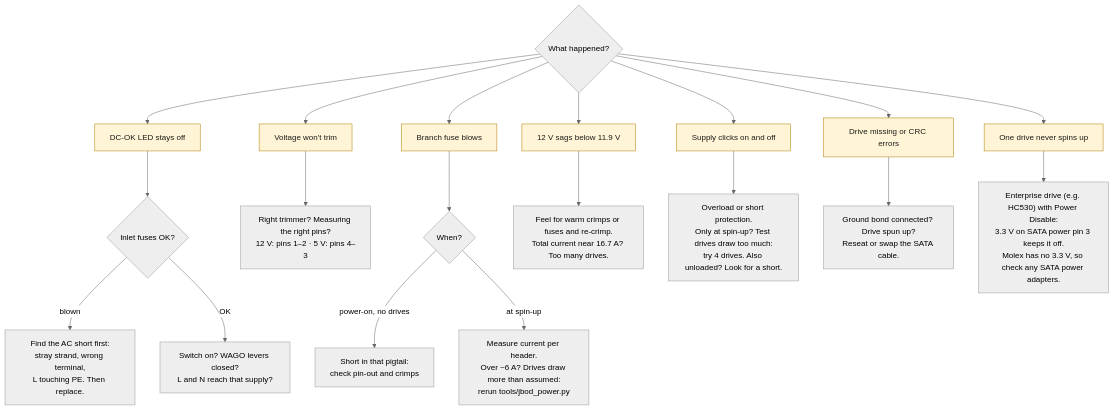
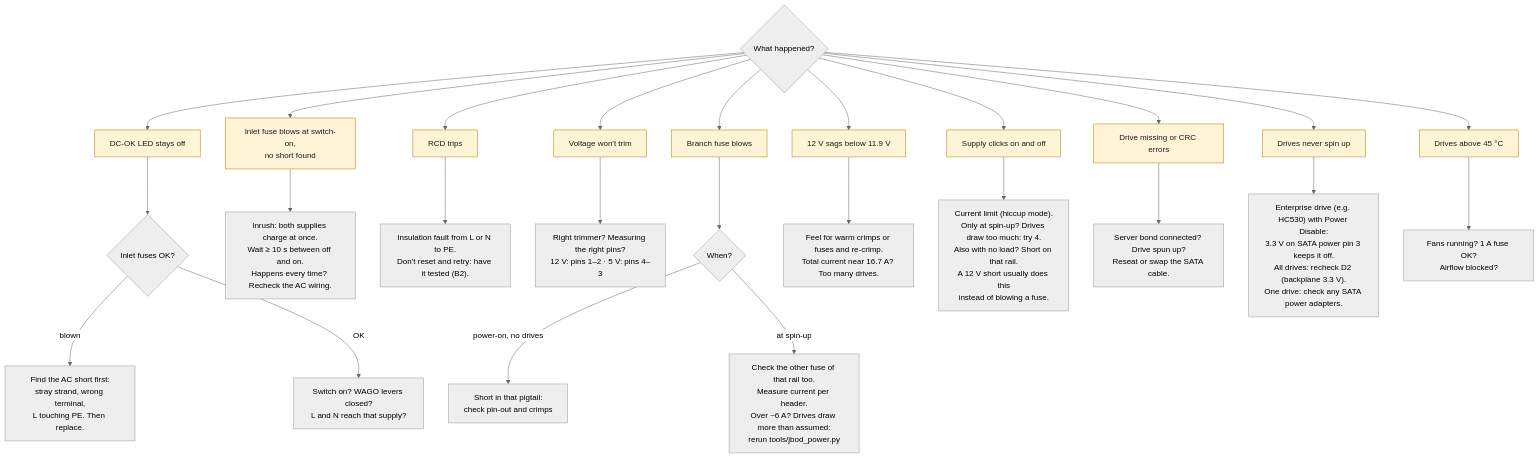
The second of 2 diagrams in docs/05-commissioning-checklist.md (Lukas0923xcv/JBOD), drawn with Mermaid (neutral theme) before and after one commit. The commit also changed other lines of this file and 17 other files, not shown here.

````diff
--- a/docs/05-commissioning-checklist.md
+++ b/docs/05-commissioning-checklist.md
@@ -102,32 +157,41 @@
 ```mermaid
 flowchart TD
     Q{"What happened?"}
 
     Q --> L["DC-OK LED stays off"]
     L --> L1{"Inlet fuses OK?"}
     L1 -- "blown" --> L2["Find the AC short first:<br>stray strand, wrong terminal,<br>L touching PE. Then replace."]
     L1 -- "OK" --> L3["Switch on? WAGO levers closed?<br>L and N reach that supply?"]
 
+    Q --> I["Inlet fuse blows at switch-on,<br>no short found"]
+    I --> I1["Inrush: both supplies charge at once.<br>Wait ≥ 10 s between off and on.<br>Happens every time? Recheck the AC wiring."]
+
+    Q --> R["RCD trips"]
+    R --> R1["Insulation fault from L or N to PE.<br>Don't reset and retry: have it tested (B2)."]
+
     Q --> V["Voltage won't trim"]
     V --> V1["Right trimmer? Measuring the right pins?<br>12 V: pins 1–2 · 5 V: pins 4–3"]
 
     Q --> F["Branch fuse blows"]
     F --> F1{"When?"}
     F1 -- "power-on, no drives" --> F2["Short in that pigtail:<br>check pin-out and crimps"]
-    F1 -- "at spin-up" --> F3["Measure current per header.<br>Over ~6 A? Drives draw more than assumed:<br>rerun tools/jbod_power.py"]
+    F1 -- "at spin-up" --> F3["Check the other fuse of that rail too.<br>Measure current per header.<br>Over ~6 A? Drives draw more than assumed:<br>rerun tools/jbod_power.py"]
 
     Q --> S["12 V sags below 11.9 V"]
     S --> S1["Feel for warm crimps or fuses and re-crimp.<br>Total current near 16.7 A? Too many drives."]
 
     Q --> H["Supply clicks on and off"]
-    H --> H1["Overload or short protection.<br>Only at spin-up? Test drives draw too much:<br>try 4 drives. Also unloaded? Look for a short."]
+    H --> H1["Current limit (hiccup mode).<br>Only at spin-up? Drives draw too much: try 4.<br>Also with no load? Short on that rail.<br>A 12 V short usually does this<br>instead of blowing a fuse."]
 
     Q --> D["Drive missing or CRC errors"]
-    D --> D1["Ground bond connected? Drive spun up?<br>Reseat or swap the SATA cable."]
+    D --> D1["Server bond connected? Drive spun up?<br>Reseat or swap the SATA cable."]
 
-    Q --> N["One drive never spins up"]
-    N --> N1["Enterprise drive (e.g. HC530) with Power Disable:<br>3.3 V on SATA power pin 3 keeps it off.<br>Molex has no 3.3 V, so check any SATA power adapters."]
+    Q --> N["Drives never spin up"]
+    N --> N1["Enterprise drive (e.g. HC530) with Power Disable:<br>3.3 V on SATA power pin 3 keeps it off.<br>All drives: recheck D2 (backplane 3.3 V).<br>One drive: check any SATA power adapters."]
+
+    Q --> T["Drives above 45 °C"]
+    T --> T1["Fans running? 1 A fuse OK?<br>Airflow blocked?"]
 
     classDef sym fill:#fff4d6,stroke:#b07d00,color:#1b1b1a
-    class L,V,F,S,H,D,N sym
+    class L,I,R,V,F,S,H,D,N,T sym
 ```
````
